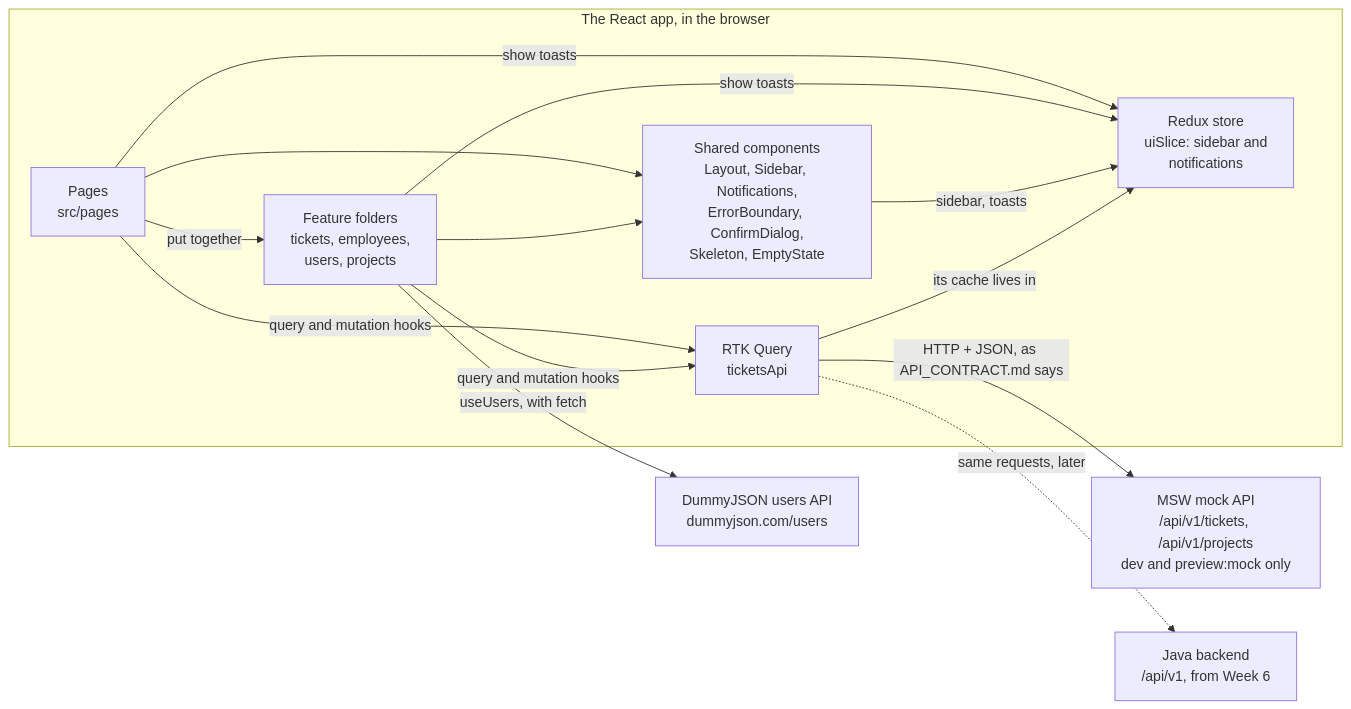
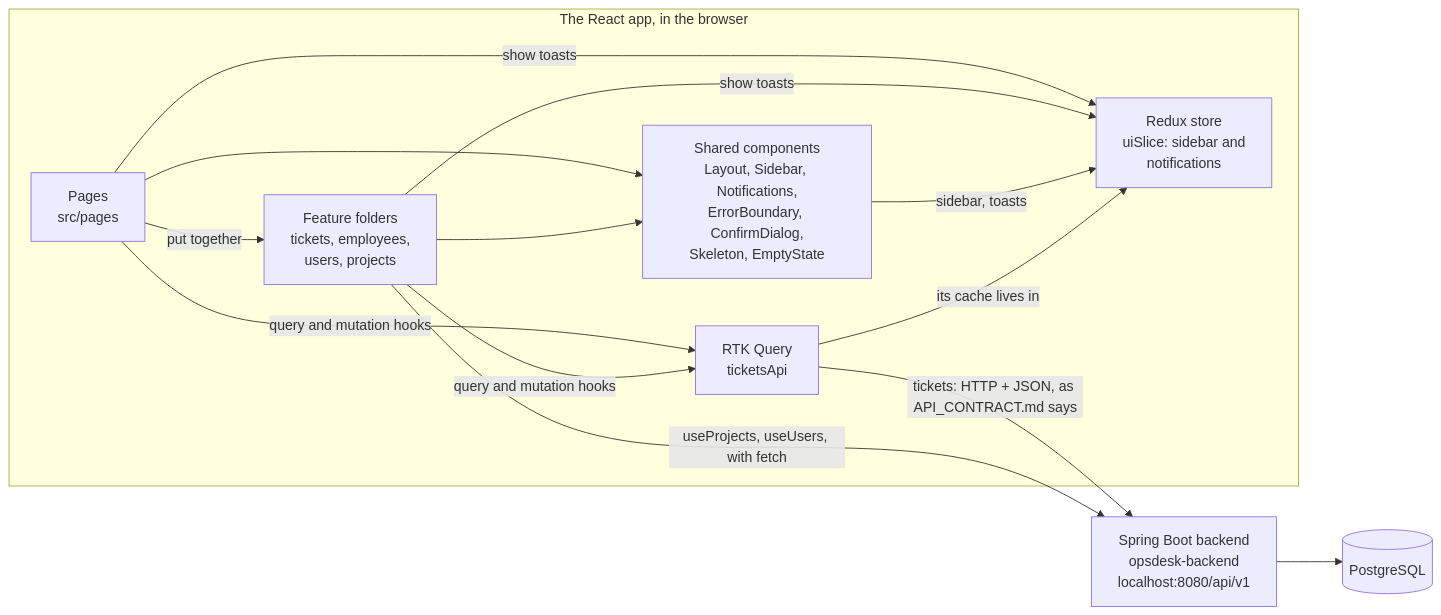
The diagram in README.md (Jesutofunmiabby/opsdesk-frontend), drawn with Mermaid before and after one commit. The commit also changed other lines of this file, not shown here.

First line of the commit message:
Update the README for running against the real backend

````diff
--- a/README.md
+++ b/README.md
@@ -172,27 +177,26 @@
 ```mermaid
 flowchart LR
   subgraph App["The React app, in the browser"]
     Pages["Pages<br/>src/pages"]
     Features["Feature folders<br/>tickets, employees,<br/>users, projects"]
     Shared["Shared components<br/>Layout, Sidebar, Notifications,<br/>ErrorBoundary, ConfirmDialog,<br/>Skeleton, EmptyState"]
     Store["Redux store<br/>uiSlice: sidebar and<br/>notifications"]
     RTKQ["RTK Query<br/>ticketsApi"]
   end
 
-  MSW["MSW mock API<br/>/api/v1/tickets, /api/v1/projects<br/>dev and preview:mock only"]
-  Backend["Java backend<br/>/api/v1, from Week 6"]
-  Dummy["DummyJSON users API<br/>dummyjson.com/users"]
+  Backend["Spring Boot backend<br/>opsdesk-backend<br/>localhost:8080/api/v1"]
+  DB[("PostgreSQL")]
 
   Pages -->|"put together"| Features
   Pages --> Shared
   Features --> Shared
   Pages -->|"show toasts"| Store
   Features -->|"show toasts"| Store
   Shared -->|"sidebar, toasts"| Store
   Pages -->|"query and mutation hooks"| RTKQ
   Features -->|"query and mutation hooks"| RTKQ
   RTKQ -->|"its cache lives in"| Store
-  RTKQ -->|"HTTP + JSON, as API_CONTRACT.md says"| MSW
-  RTKQ -.->|"same requests, later"| Backend
-  Features -->|"useUsers, with fetch"| Dummy
+  RTKQ -->|"tickets: HTTP + JSON, as API_CONTRACT.md says"| Backend
+  Features -->|"useProjects, useUsers, with fetch"| Backend
+  Backend --> DB
 ```
````
